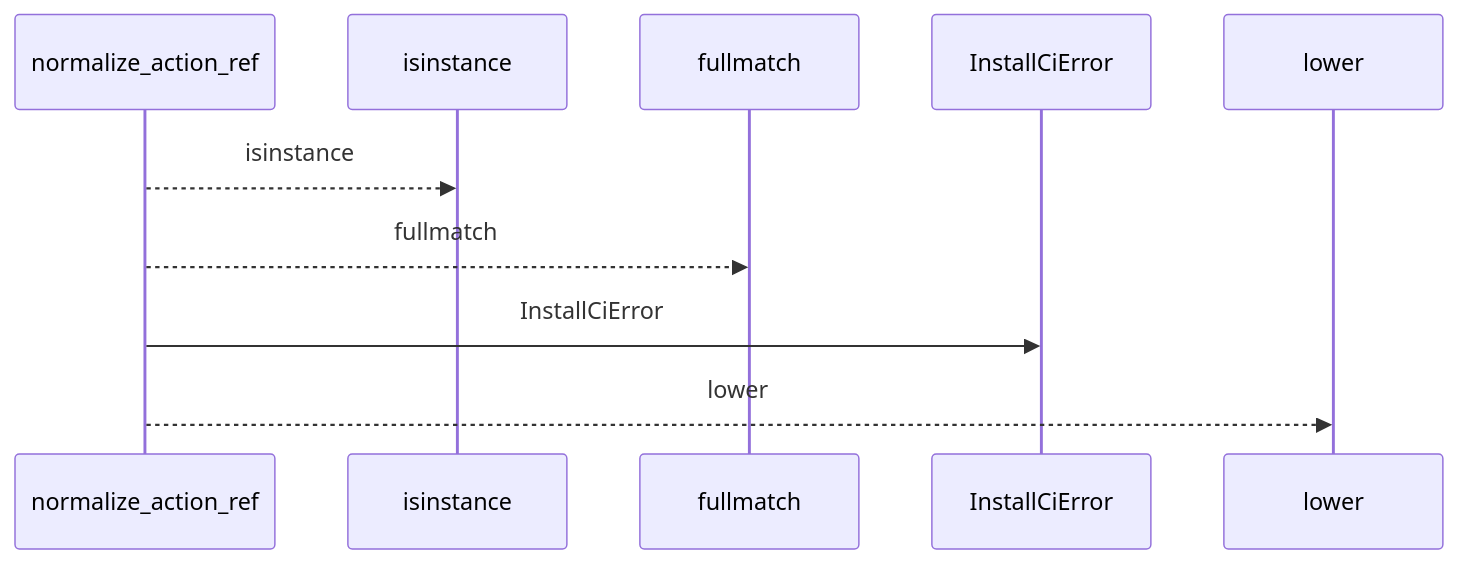
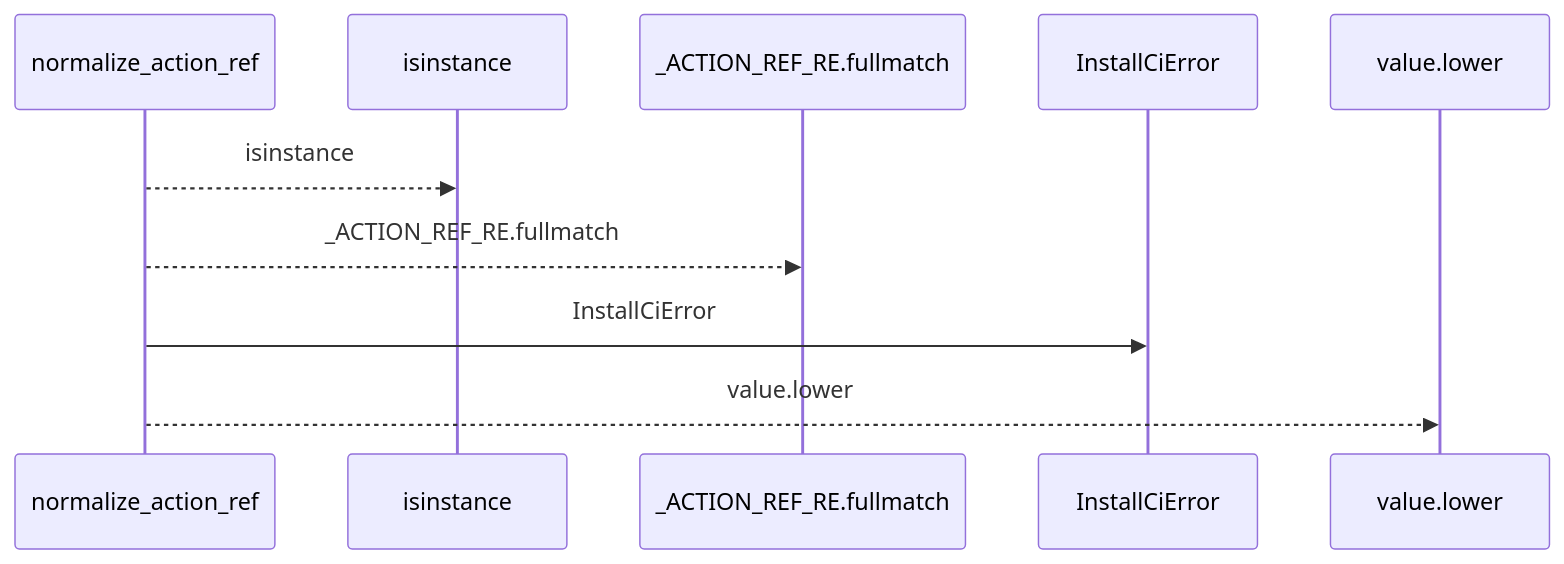
Before and after one commit to Denissvgn/python-wiki-llm: the first of 2 diagrams in docs/llm_wiki/flows/api-normalize_action_ref.md, drawn with Mermaid. The commit also changed other lines of this file and 719 other files, not shown here.

````diff
--- a/docs/llm_wiki/flows/api-normalize_action_ref.md
+++ b/docs/llm_wiki/flows/api-normalize_action_ref.md
@@ -10,12 +10,12 @@
 ```mermaid
 sequenceDiagram
     participant p0 as normalize_action_ref
     participant p1 as isinstance
-    participant p2 as fullmatch
+    participant p2 as _ACTION_REF_RE.fullmatch
     participant p3 as InstallCiError
-    participant p4 as lower
+    participant p4 as value.lower
     p0-->>p1: isinstance
-    p0-->>p2: fullmatch
+    p0-->>p2: _ACTION_REF_RE.fullmatch
     p0->>p3: InstallCiError
-    p0-->>p4: lower
+    p0-->>p4: value.lower
 ```
````
